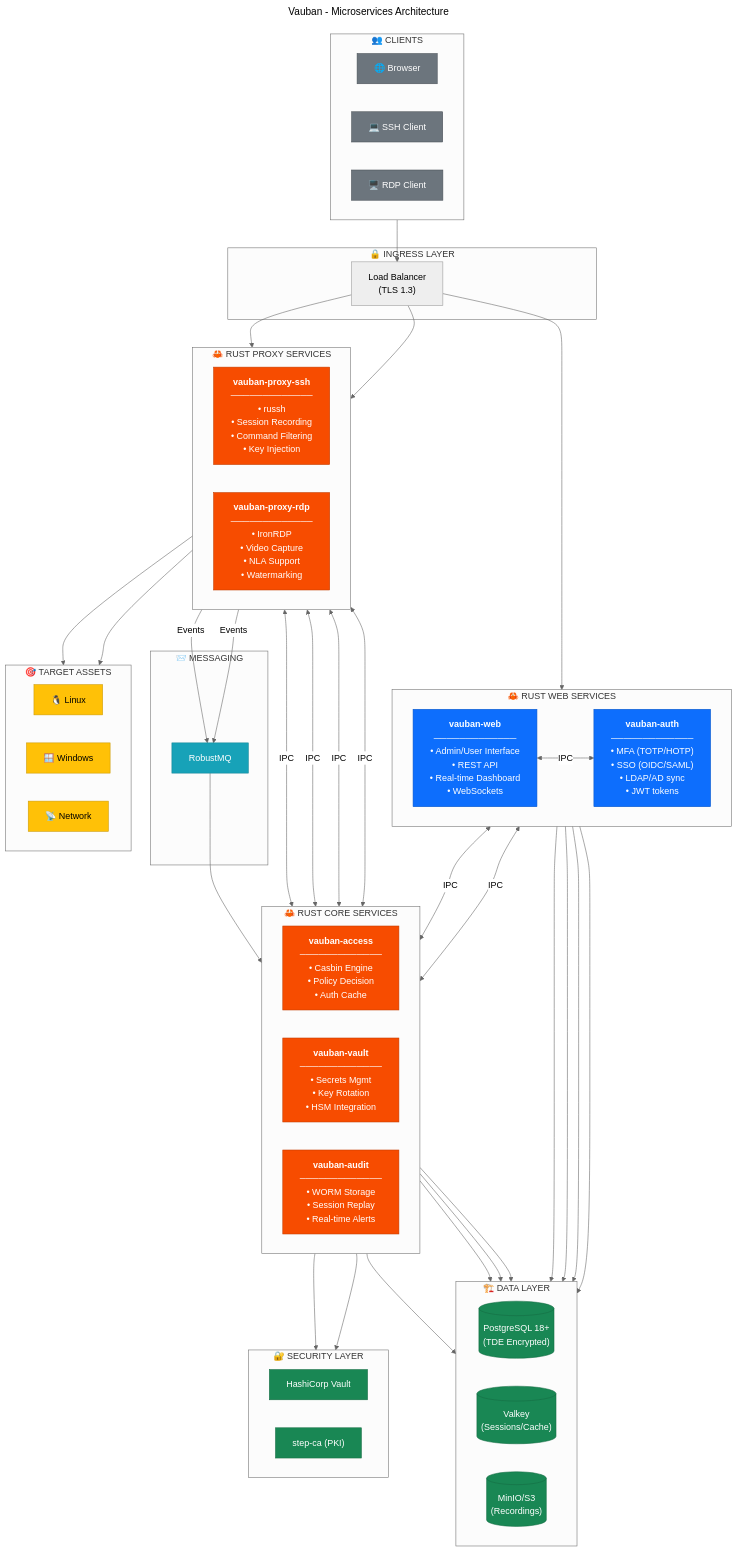
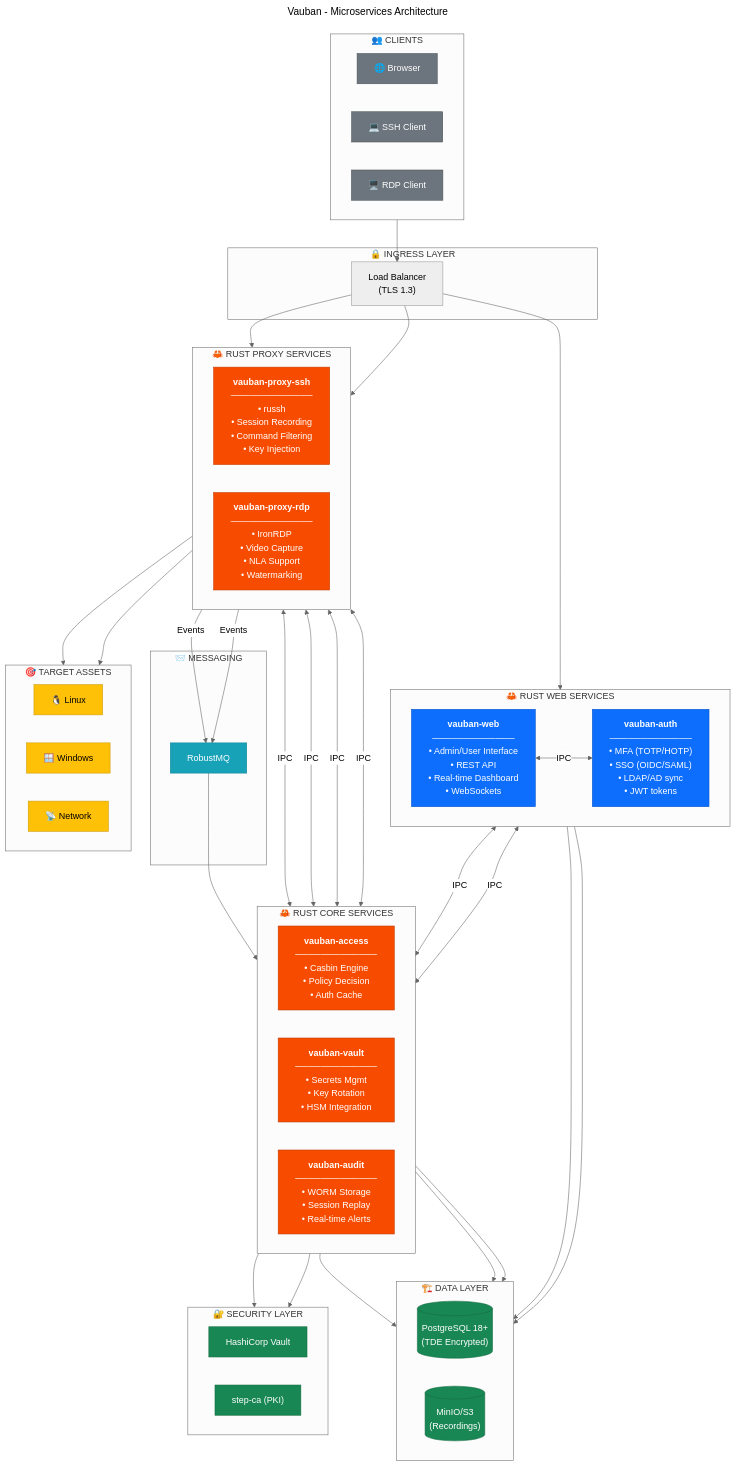
Before and after one commit to rbenaley/Vauban: the diagram in docs/technical/Vauban_Architecture_Diagram.mermaid, drawn with Mermaid (neutral theme). The commit also changed 30 other files, not shown here.

```diff
--- a/docs/technical/Vauban_Architecture_Diagram.mermaid
+++ b/docs/technical/Vauban_Architecture_Diagram.mermaid
@@ -1,114 +1,110 @@
 ---
 title: Vauban - Microservices Architecture
 ---
 flowchart TD
     subgraph Clients["👥 CLIENTS"]
         Browser["🌐 Browser"]
         SSHClient["💻 SSH Client"]
         RDPClient["🖥️ RDP Client"]
     end
 
     subgraph Ingress["🔒 INGRESS LAYER"]
         LB["Load Balancer<br/>(TLS 1.3)"]
     end
 
     subgraph WebLayer["🦀 RUST WEB SERVICES"]
         direction LR
         Web["<b>vauban-web</b><br/>─────────────<br/>• Admin/User Interface<br/>• REST API<br/>• Real-time Dashboard<br/>• WebSockets"]
         Auth["<b>vauban-auth</b><br/>─────────────<br/>• MFA (TOTP/HOTP)<br/>• SSO (OIDC/SAML)<br/>• LDAP/AD sync<br/>• JWT tokens"]
     end
 
     subgraph CoreServices["🦀 RUST CORE SERVICES"]
         direction LR
         Access["<b>vauban-access</b><br/>─────────────<br/>• Casbin Engine<br/>• Policy Decision<br/>• Auth Cache"]
         Vault["<b>vauban-vault</b><br/>─────────────<br/>• Secrets Mgmt<br/>• Key Rotation<br/>• HSM Integration"]
         Audit["<b>vauban-audit</b><br/>─────────────<br/>• WORM Storage<br/>• Session Replay<br/>• Real-time Alerts"]
     end
 
     subgraph ProxyServices["🦀 RUST PROXY SERVICES"]
         direction LR
         ProxySSH["<b>vauban-proxy-ssh</b><br/>─────────────<br/>• russh<br/>• Session Recording<br/>• Command Filtering<br/>• Key Injection"]
         ProxyRDP["<b>vauban-proxy-rdp</b><br/>─────────────<br/>• IronRDP<br/>• Video Capture<br/>• NLA Support<br/>• Watermarking"]
     end
 
     subgraph Messaging["📨 MESSAGING"]
         RobustMQ["RobustMQ"]
     end
 
     subgraph DataLayer["🏗️ DATA LAYER"]
         direction LR
         PG[("PostgreSQL 18+<br/>(TDE Encrypted)")]
-        Valkey[("Valkey<br/>(Sessions/Cache)")]
         S3[("MinIO/S3<br/>(Recordings)")]
     end
 
     subgraph SecurityLayer["🔐 SECURITY LAYER"]
         direction LR
         HVault["HashiCorp Vault"]
         StepCA["step-ca (PKI)"]
     end
 
     subgraph Targets["🎯 TARGET ASSETS"]
         direction LR
         LinuxServers["🐧 Linux"]
         WindowsServers["🪟 Windows"]
         NetworkDevices["📡 Network"]
     end
 
     %% Client connections
     Clients --> LB
 
     %% Load Balancer routing
     LB --> Web
     LB --> ProxySSH
     LB --> ProxyRDP
 
     %% Web layer connections (IPC via Unix pipes)
     Web <-->|"IPC"| Auth
     Web <-->|"IPC"| Access
     Web --> PG
-    Web --> Valkey
 
     %% Auth connections
     Auth <-->|"IPC"| Access
     Auth --> PG
-    Auth --> Valkey
 
     %% Proxy connections (IPC via Unix pipes)
     ProxySSH <-->|"IPC"| Access
     ProxySSH <-->|"IPC"| Vault
     ProxySSH -->|"Events"| RobustMQ
     ProxySSH --> Targets
 
     ProxyRDP <-->|"IPC"| Access
     ProxyRDP <-->|"IPC"| Vault
     ProxyRDP -->|"Events"| RobustMQ
     ProxyRDP --> WindowsServers
 
     %% Vault connections
     Vault --> HVault
     Vault --> StepCA
 
     %% Audit connections
     RobustMQ --> Audit
     Audit --> S3
     Audit --> PG
 
     %% Access data
     Access --> PG
-    Access --> Valkey
 
     %% Styling
     classDef rustWeb fill:#0d6efd,stroke:#0a58ca,color:#fff
     classDef rust fill:#f74c00,stroke:#c23d00,color:#fff
     classDef infra fill:#198754,stroke:#146c43,color:#fff
     classDef client fill:#6c757d,stroke:#495057,color:#fff
     classDef target fill:#ffc107,stroke:#cc9a06,color:#000
     classDef messaging fill:#17a2b8,stroke:#138496,color:#fff
 
     class Web,Auth rustWeb
     class Access,ProxySSH,ProxyRDP,Vault,Audit rust
-    class PG,Valkey,S3,HVault,StepCA infra
+    class PG,S3,HVault,StepCA infra
     class Browser,SSHClient,RDPClient client
     class LinuxServers,WindowsServers,NetworkDevices target
     class RobustMQ messaging
```
